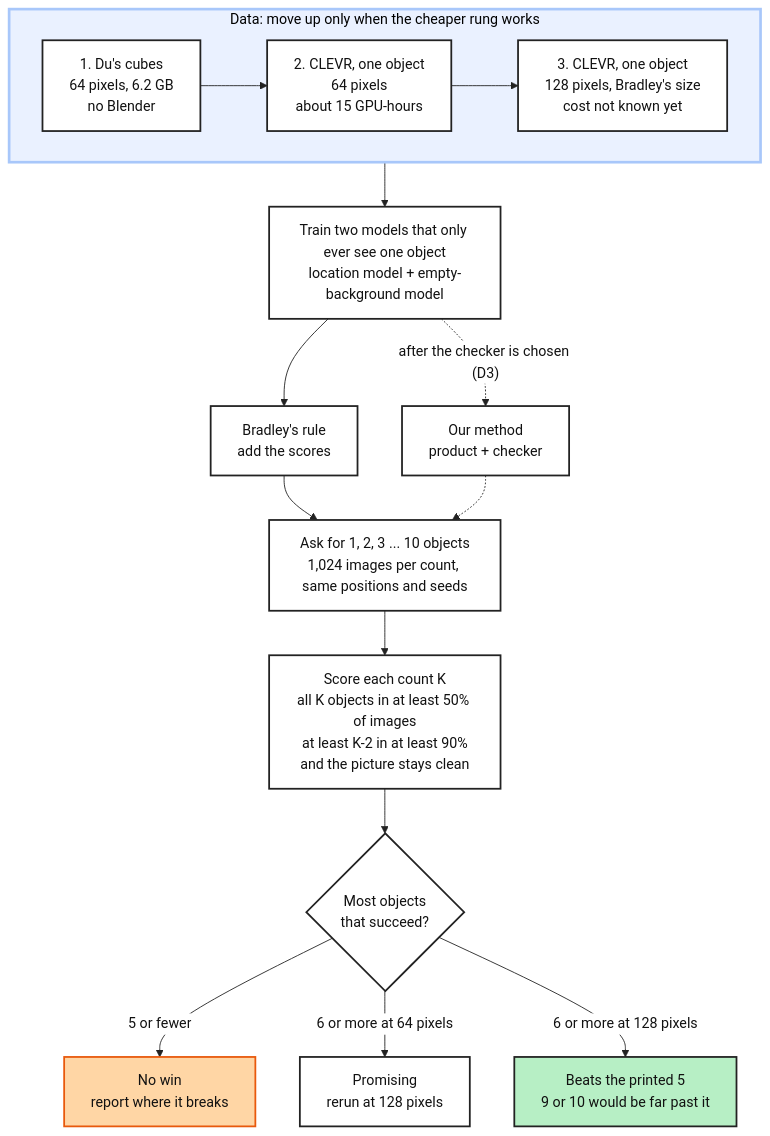
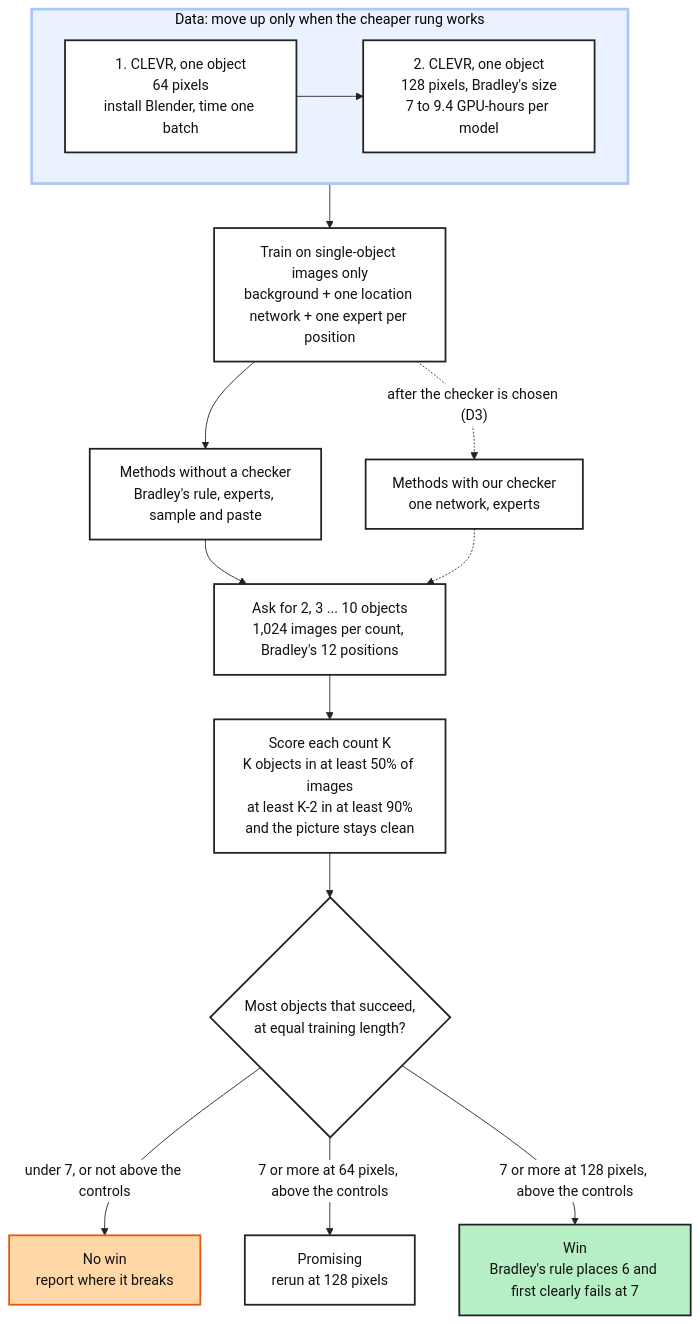
Before and after one commit to mo-rsa24/concept-composition: the diagram in artifacts/notes/progress/targets/how-the-clevr-target-gets-tested.mmd, drawn with Mermaid. The commit also changed 3 other files, not shown here.

Commit message:
Targets: redraw the two CLEVR pictures for the 7-object target and its controls

```diff
--- a/artifacts/notes/progress/targets/how-the-clevr-target-gets-tested.mmd
+++ b/artifacts/notes/progress/targets/how-the-clevr-target-gets-tested.mmd
@@ -1,24 +1,24 @@
 %%{init: {'theme': 'base', 'themeVariables': {'fontFamily': 'monospace', 'primaryColor': '#ffffff', 'primaryBorderColor': '#222222', 'primaryTextColor': '#111111', 'lineColor': '#222222'}}}%%
 flowchart TD
     subgraph DATA["Data: move up only when the cheaper rung works"]
         direction LR
-        R1["1. Du's cubes<br/>64 pixels, 6.2 GB<br/>no Blender"] --> R2["2. CLEVR, one object<br/>64 pixels<br/>about 15 GPU-hours"] --> R3["3. CLEVR, one object<br/>128 pixels, Bradley's size<br/>cost not known yet"]
+        R1["1. CLEVR, one object<br/>64 pixels<br/>install Blender, time one batch"] --> R2["2. CLEVR, one object<br/>128 pixels, Bradley's size<br/>7 to 9.4 GPU-hours per model"]
     end
-    DATA --> M["Train two models that only ever see one object<br/>location model + empty-background model"]
-    M --> L["Bradley's rule<br/>add the scores"]
-    M -. "after the checker is chosen (D3)" .-> O["Our method<br/>product + checker"]
-    L --> S["Ask for 1, 2, 3 ... 10 objects<br/>1,024 images per count, same positions and seeds"]
+    DATA --> M["Train on single-object images only<br/>background + one location network + one expert per position"]
+    M --> L["Methods without a checker<br/>Bradley's rule, experts, sample and paste"]
+    M -. "after the checker is chosen (D3)" .-> O["Methods with our checker<br/>one network, experts"]
+    L --> S["Ask for 2, 3 ... 10 objects<br/>1,024 images per count, Bradley's 12 positions"]
     O -.-> S
-    S --> C["Score each count K<br/>all K objects in at least 50% of images<br/>at least K-2 in at least 90%<br/>and the picture stays clean"]
-    C --> K{"Most objects<br/>that succeed?"}
-    K -- "5 or fewer" --> F["No win<br/>report where it breaks"]
-    K -- "6 or more at 64 pixels" --> B["Promising<br/>rerun at 128 pixels"]
-    K -- "6 or more at 128 pixels" --> W["Beats the printed 5<br/>9 or 10 would be far past it"]
+    S --> C["Score each count K<br/>K objects in at least 50% of images<br/>at least K-2 in at least 90%<br/>and the picture stays clean"]
+    C --> K{"Most objects that succeed,<br/>at equal training length?"}
+    K -- "under 7, or not above the controls" --> F["No win<br/>report where it breaks"]
+    K -- "7 or more at 64 pixels, above the controls" --> B["Promising<br/>rerun at 128 pixels"]
+    K -- "7 or more at 128 pixels, above the controls" --> W["Win<br/>Bradley's rule places 6 and first clearly fails at 7"]
 
     classDef plain fill:#ffffff,stroke:#222222,stroke-width:2px,color:#111111
     classDef win fill:#b7efc5,stroke:#222222,stroke-width:2px,color:#111111
     classDef stop fill:#ffd6a5,stroke:#e8590c,stroke-width:2px,color:#111111
-    class R1,R2,R3,M,L,O,S,C,K,B plain
+    class R1,R2,M,L,O,S,C,K,B plain
     class W win
     class F stop
     style DATA fill:#eaf1ff,stroke:#a8c7fa,stroke-width:3px
```
